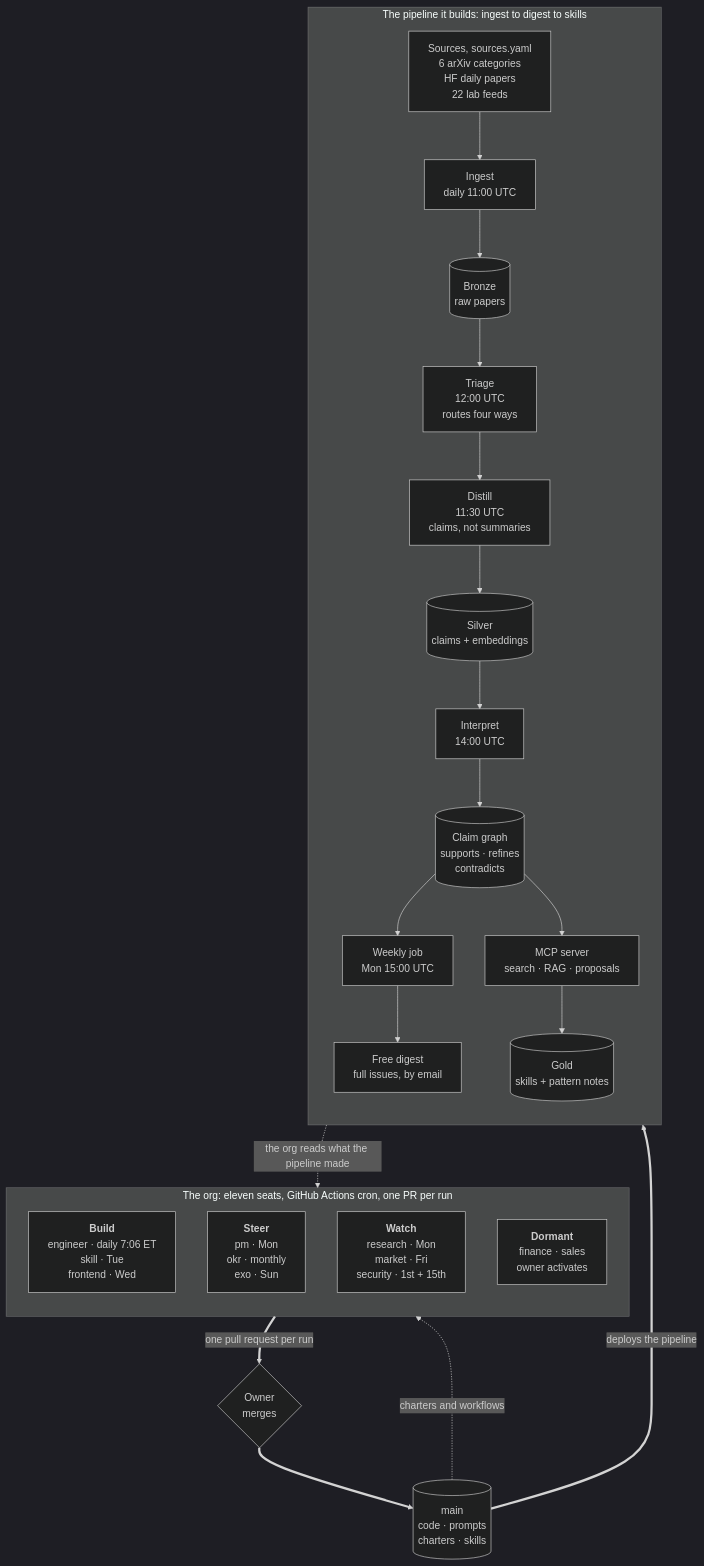
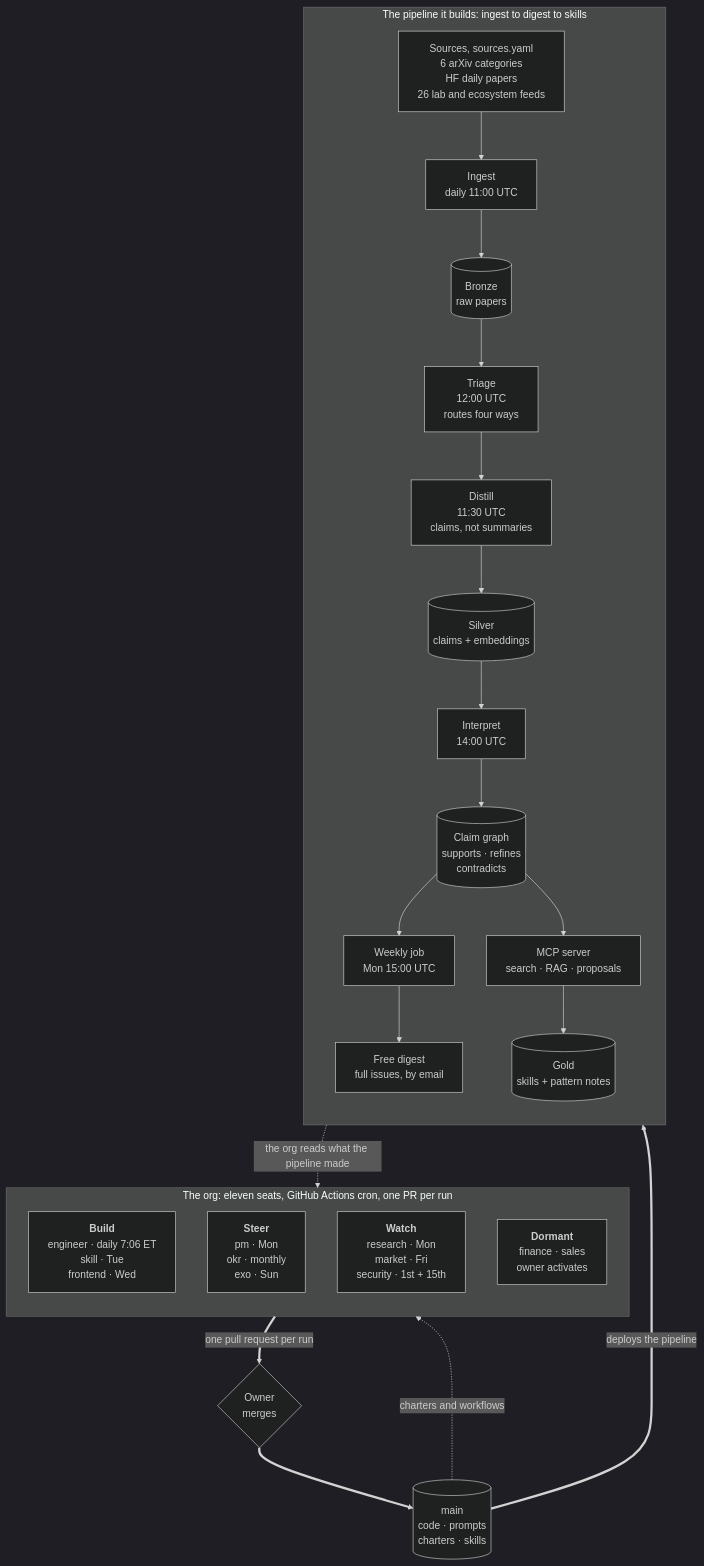
The first of 2 diagrams in README.md (alexandrapaiz/alexandria), drawn with Mermaid (dark theme) before and after one commit. The commit also changed 1 other file, not shown here.

Commit message:
Ledger: the signal-feed routing contradiction, and the org chart's missing seat

````diff
--- a/README.md
+++ b/README.md
@@ -34,36 +34,36 @@
 ```mermaid
 flowchart TB
     subgraph ORG["The org: eleven seats, GitHub Actions cron, one PR per run"]
         direction TB
         BUILD["<b>Build</b><br/>engineer · daily 7:06 ET<br/>skill · Tue<br/>frontend · Wed"]
         STEER["<b>Steer</b><br/>pm · Mon<br/>okr · monthly<br/>exo · Sun"]
         WATCH["<b>Watch</b><br/>research · Mon<br/>market · Fri<br/>security · 1st + 15th"]
         DORM["<b>Dormant</b><br/>finance · sales<br/>owner activates"]
     end
 
     subgraph PIPE["The pipeline it builds: ingest to digest to skills"]
         direction TB
-        SRC["Sources, sources.yaml<br/>6 arXiv categories<br/>HF daily papers<br/>22 lab feeds"]
+        SRC["Sources, sources.yaml<br/>6 arXiv categories<br/>HF daily papers<br/>26 lab and ecosystem feeds"]
         ING["Ingest<br/>daily 11:00 UTC"]
         BR[("Bronze<br/>raw papers")]
         TRI["Triage<br/>12:00 UTC<br/>routes four ways"]
         DIS["Distill<br/>11:30 UTC<br/>claims, not summaries"]
         SIL[("Silver<br/>claims + embeddings")]
         INT["Interpret<br/>14:00 UTC"]
         GR[("Claim graph<br/>supports · refines<br/>contradicts")]
         WK["Weekly job<br/>Mon 15:00 UTC"]
         DIGEST["Free digest<br/>full issues, by email"]
         MCP["MCP server<br/>search · RAG · proposals"]
         GOLD[("Gold<br/>skills + pattern notes")]
 
         SRC --> ING --> BR --> TRI --> DIS --> SIL --> INT --> GR
         GR --> WK --> DIGEST
         GR --> MCP --> GOLD
     end
 
     ORG ==>|"one pull request per run"| GATE{"Owner<br/>merges"}
     GATE ==> MAIN[("main<br/>code · prompts<br/>charters · skills")]
     MAIN ==>|"deploys the pipeline"| PIPE
     MAIN -.->|"charters and workflows"| ORG
     PIPE -.->|"the org reads what the pipeline made"| ORG
 ```
````
